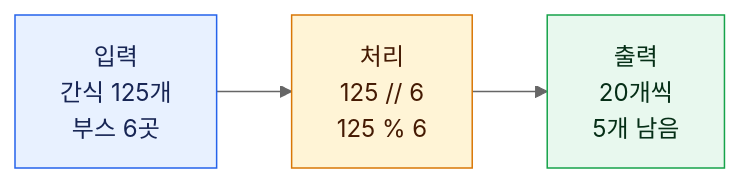
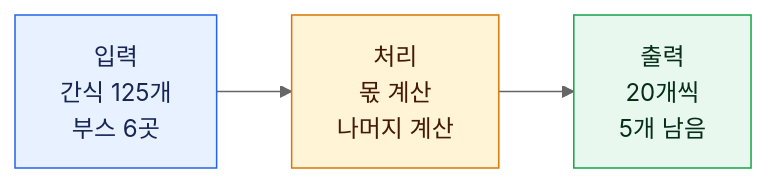
Before and after one commit to phyzikyh/computing: the third of 5 diagrams in 강의교재/week02_code.qmd, drawn with Mermaid (neutral theme). The commit also changed other lines of this file and 3 other files, not shown here.

````diff
--- a/강의교재/week02_code.qmd
+++ b/강의교재/week02_code.qmd
@@ -167,12 +195,13 @@
 ```{mermaid}
+%%| echo: false
 %%| fig-cap: "입력–처리–출력 구조"
 flowchart LR
-    A["입력<br/>간식 125개<br/>부스 6곳"] --> B["처리<br/>125 // 6<br/>125 % 6"]
+    A["입력<br/>간식 125개<br/>부스 6곳"] --> B["처리<br/>몫 계산<br/>나머지 계산"]
     B --> C["출력<br/>20개씩<br/>5개 남음"]
     classDef input fill:#e8f1ff,stroke:#2563eb,color:#172554
     classDef process fill:#fff4d6,stroke:#d97706,color:#451a03
     classDef output fill:#e8f8ee,stroke:#16a34a,color:#052e16
     class A input
     class B process
     class C output
 ```
````
